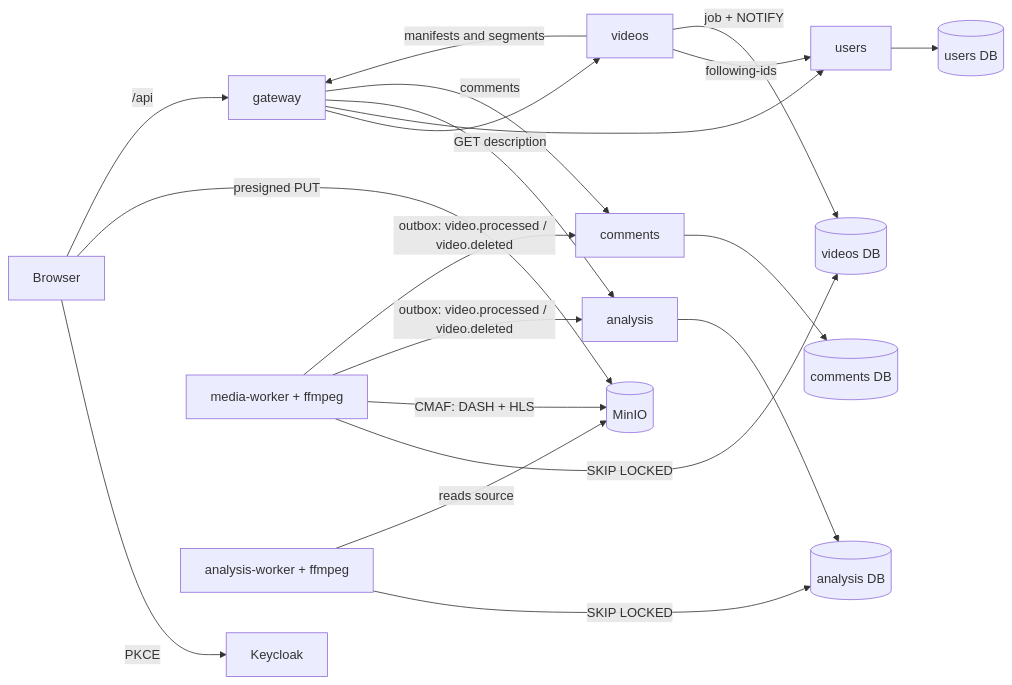
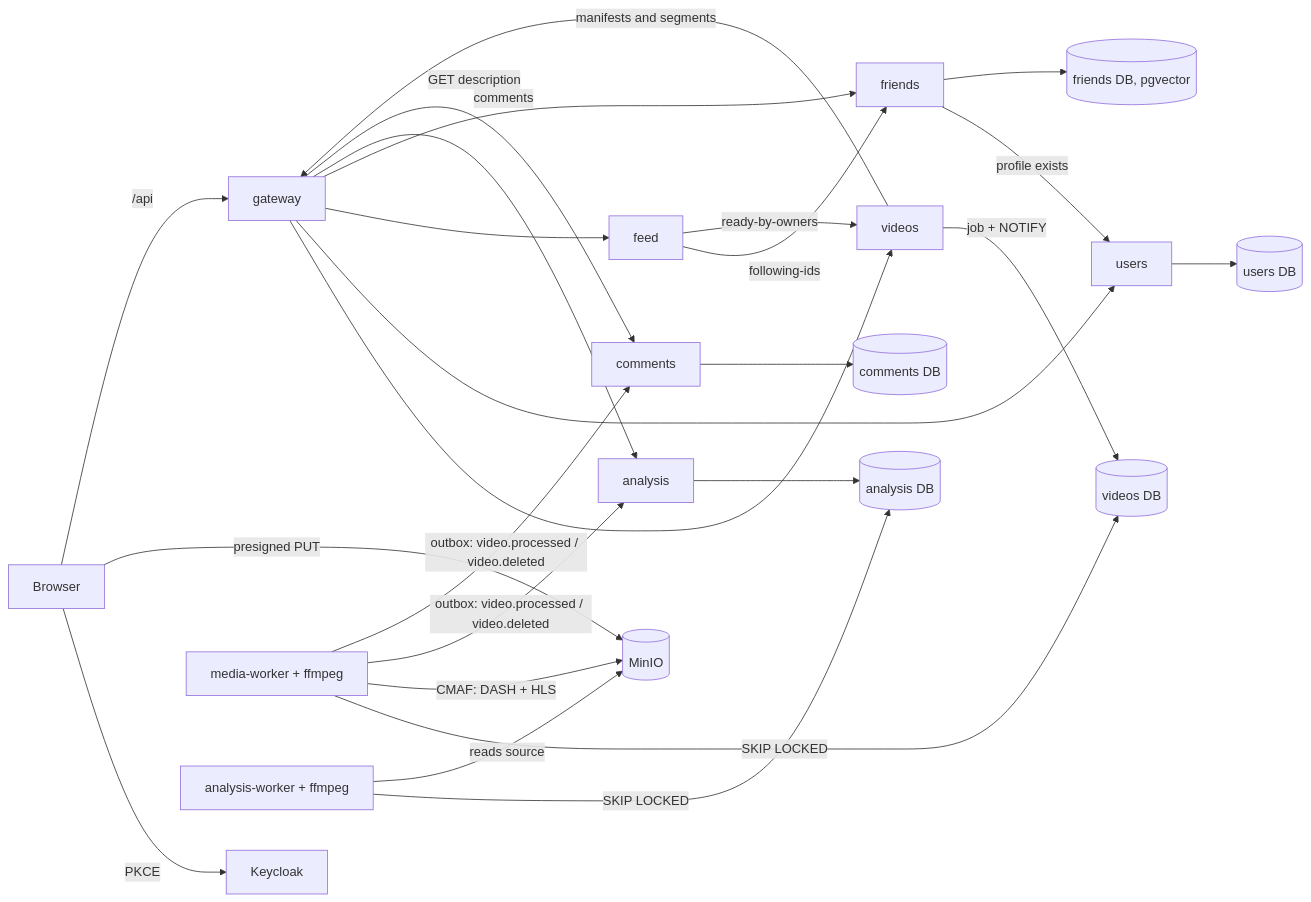
Before and after one commit to movchinnikov/Maksov.VideoService: the diagram in README.md, drawn with Mermaid. The commit also changed other lines of this file and 101 other files, not shown here.

````diff
--- a/README.md
+++ b/README.md
@@ -56,22 +65,27 @@
 ```mermaid
 flowchart LR
   B[Browser] -- PKCE --> K[Keycloak]
   B -- presigned PUT --> M[(MinIO)]
   B -- /api --> G[gateway]
   G --> V[videos]
   G --> U[users]
+  G --> F[feed]
+  G --> FR[friends]
   G -- GET description --> A[analysis]
   G -- comments --> C[comments]
-  V -- following-ids --> U
+  F -- following-ids --> FR
+  F -- ready-by-owners --> V
+  FR -- profile exists --> U
+  FR --> PF[(friends DB, pgvector)]
   V -- job + NOTIFY --> PV[(videos DB)]
   W[media-worker + ffmpeg] -- SKIP LOCKED --> PV
   W -- CMAF: DASH + HLS --> M
   W -- outbox: video.processed / video.deleted --> A
   W -- outbox: video.processed / video.deleted --> C
   A --> PA[(analysis DB)]
   AW[analysis-worker + ffmpeg] -- SKIP LOCKED --> PA
   AW -- reads source --> M
   U --> PU[(users DB)]
   C --> PC[(comments DB)]
   V -- manifests and segments --> G
 ```
````
